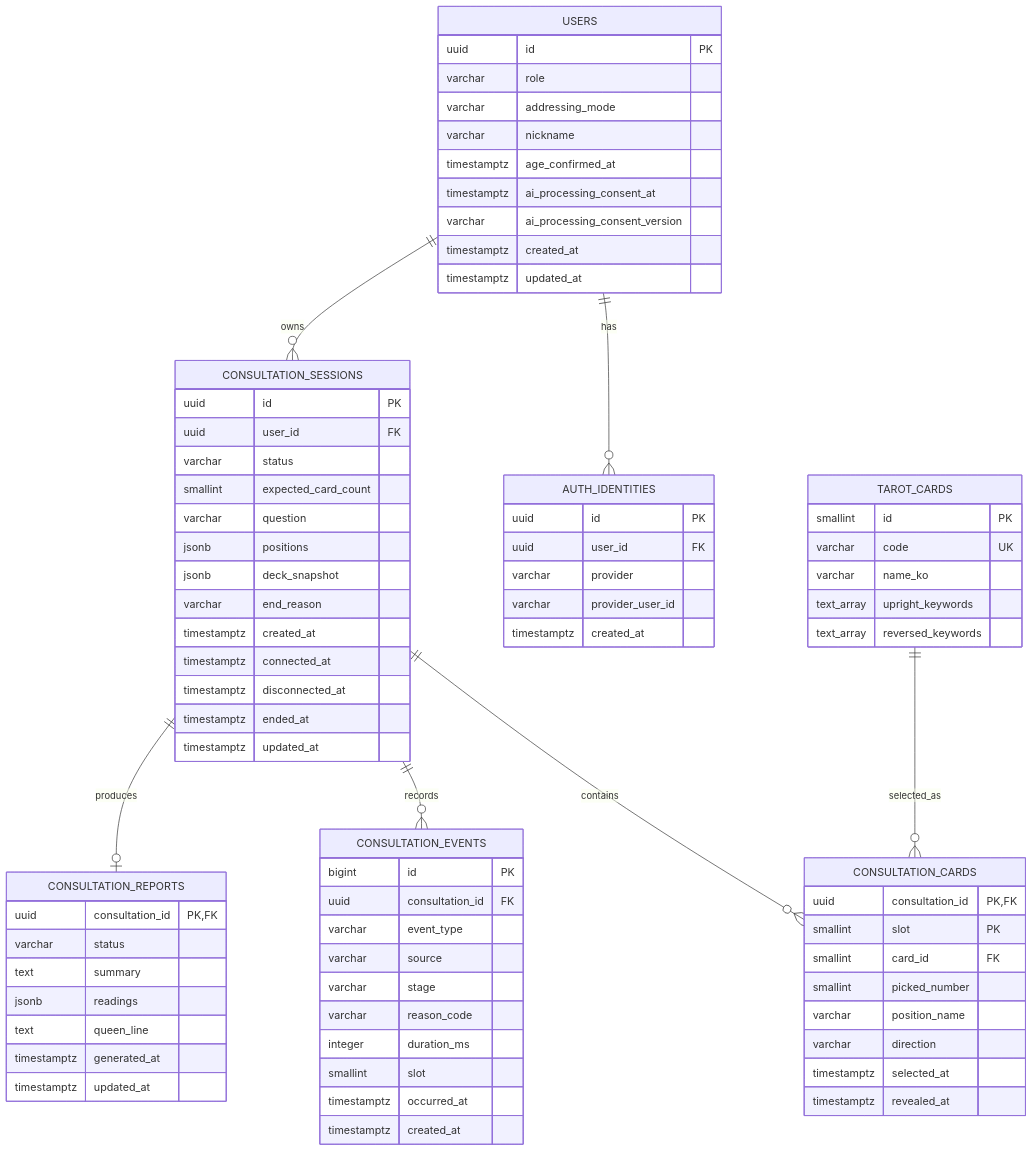
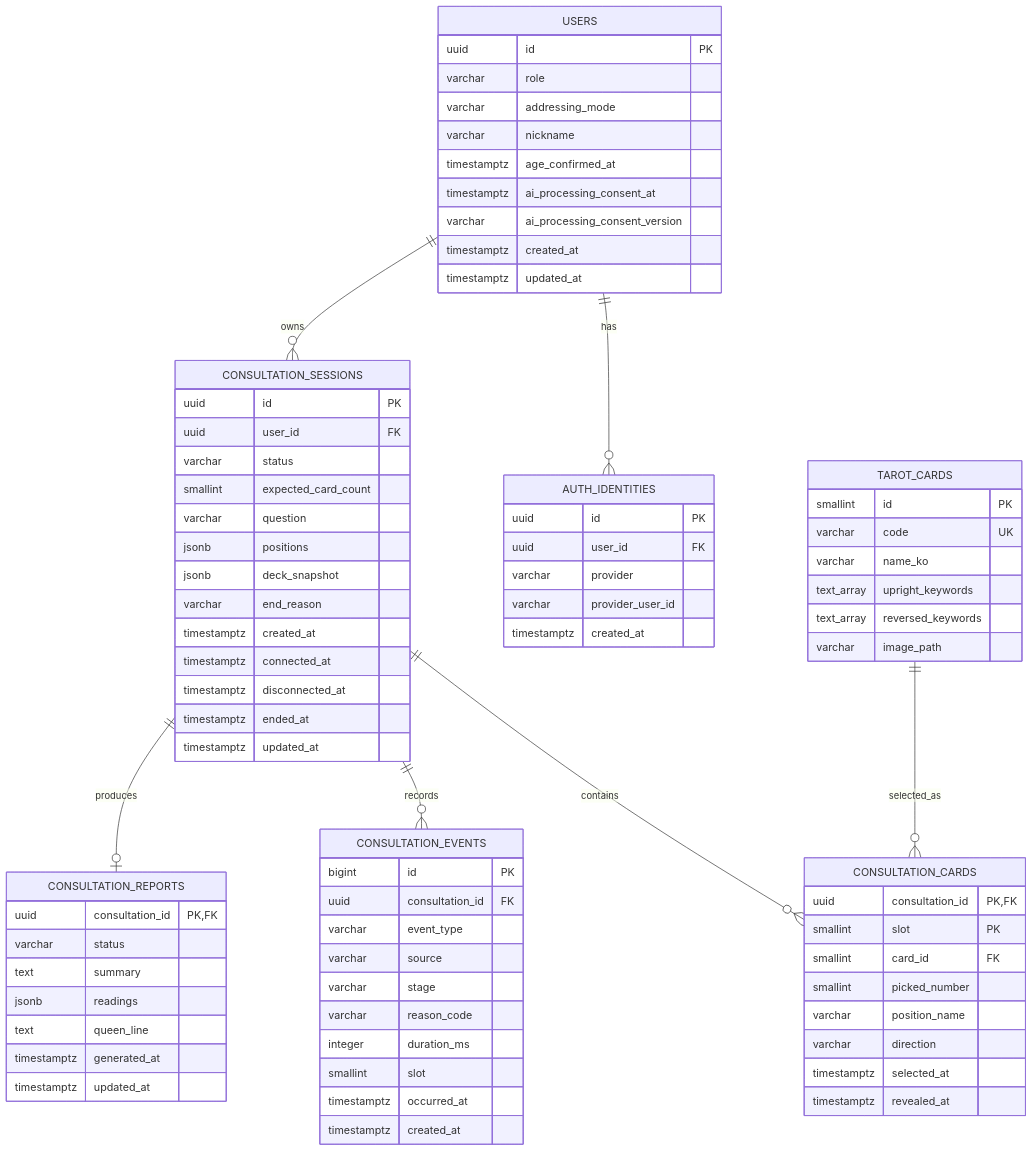
One commit to voice-uxlab/ten-minutes changed the diagram in specs/backend/database.md. Above: the diagram before and after it, drawn with Mermaid. The commit also changed other lines of this file and 24 other files, not shown here.

```diff
--- a/specs/backend/database.md
+++ b/specs/backend/database.md
@@ -108,6 +108,7 @@
         varchar name_ko
         text_array upright_keywords
         text_array reversed_keywords
+        varchar image_path
     }
 
     CONSULTATION_SESSIONS {
```
